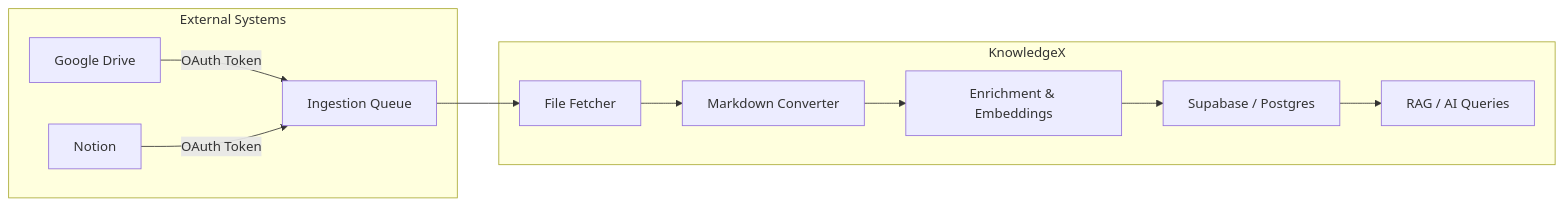
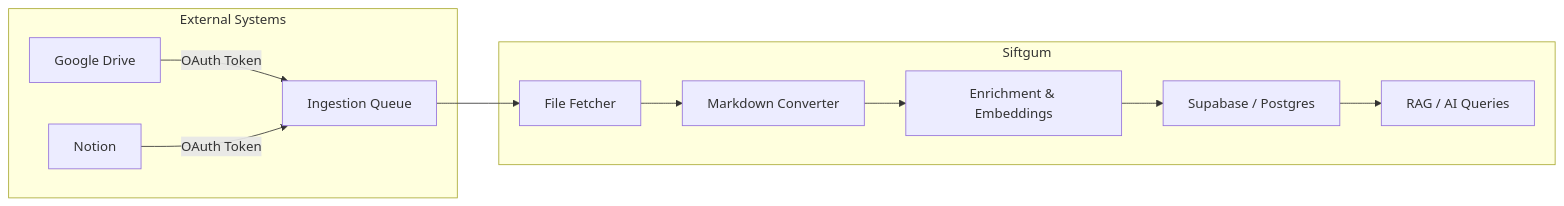
The diagram in docs/usage/ingestion-processing.mdx (Swiftgum/swiftgum), drawn with Mermaid before and after one commit. The commit also changed other lines of this file and 19 other files, not shown here.

````diff
--- a/docs/usage/ingestion-processing.mdx
+++ b/docs/usage/ingestion-processing.mdx
@@ -13,16 +13,16 @@
 ```mermaid
 flowchart LR
     subgraph External Systems
-      A["Google Drive"] -->|OAuth Token| B["KnowledgeX"]
-      C["Notion"] -->|OAuth Token| B["KnowledgeX"]
+      A["Google Drive"] -->|OAuth Token| B["Siftgum"]
+      C["Notion"] -->|OAuth Token| B["Siftgum"]
     end
 
-    subgraph KnowledgeX
+    subgraph Siftgum
       B["Ingestion Queue"] --> D["File Fetcher"]
       D --> E["Markdown Converter"]
       E --> F["Enrichment & Embeddings"]
       F --> G["Supabase / Postgres"]
       G --> RAG["RAG / AI Queries"]
     end
     
 ```
````
